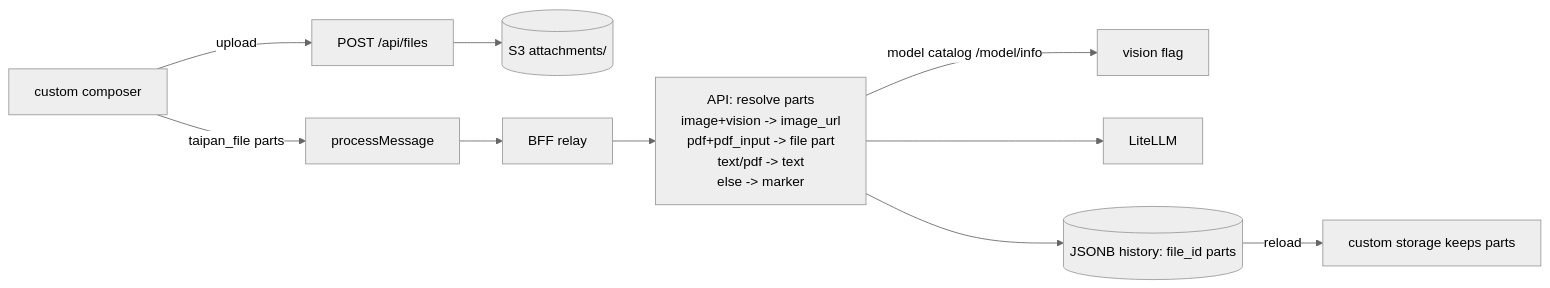
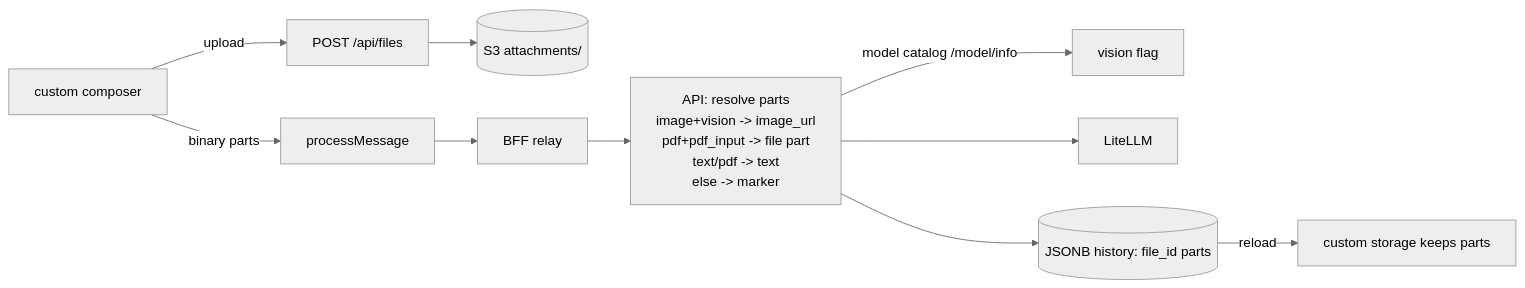
The diagram in docs/specs/planned/chat-attachments/spec.md (mac-lisowski/project-taipan), drawn with Mermaid (neutral theme) before and after one commit. The commit also changed other lines of this file and 72 other files, not shown here.

````diff
--- a/docs/specs/planned/chat-attachments/spec.md
+++ b/docs/specs/planned/chat-attachments/spec.md
@@ -151,12 +155,12 @@
 ```mermaid
 flowchart LR
   C[custom composer] -->|upload| F["POST /api/files"]
   F --> S3[(S3 attachments/)]
-  C -->|taipan_file parts| P[processMessage]
+  C -->|binary parts| P[processMessage]
   P --> B[BFF relay]
   B --> A["API: resolve parts<br>image+vision -> image_url<br>pdf+pdf_input -> file part<br>text/pdf -> text<br>else -> marker"]
   A -->|model catalog /model/info| V[vision flag]
   A --> L[LiteLLM]
   A --> H[(JSONB history: file_id parts)]
   H -->|reload| W[custom storage keeps parts]
 ```
````
